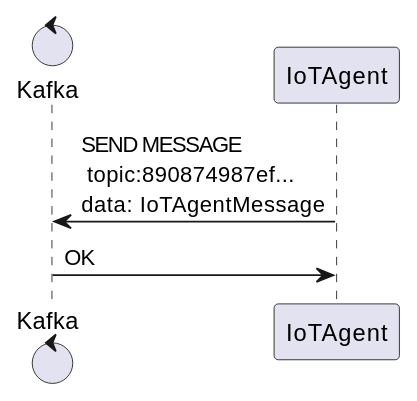
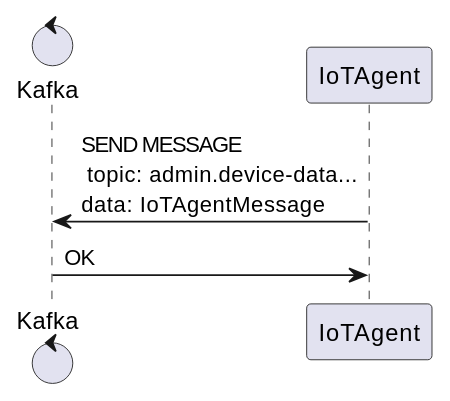
Before and after one commit to dojot/docs: the seventh of 11 diagrams in source/internal-communication.rst, drawn with PlantUML. The commit also changed other lines of this file and 5 other files, not shown here.

```diff
--- a/source/internal-communication.rst
+++ b/source/internal-communication.rst
@@ -421,8 +404,8 @@
 .. uml::
    :caption: IoT agent message to Kafka
    :align: center
 
    control Kafka
 
-   IoTAgent -> Kafka: SEND MESSAGE\n topic:890874987ef...\ndata: IoTAgentMessage
+   IoTAgent -> Kafka: SEND MESSAGE\n topic: admin.device-data...\ndata: IoTAgentMessage
    Kafka -> IoTAgent: OK
```
